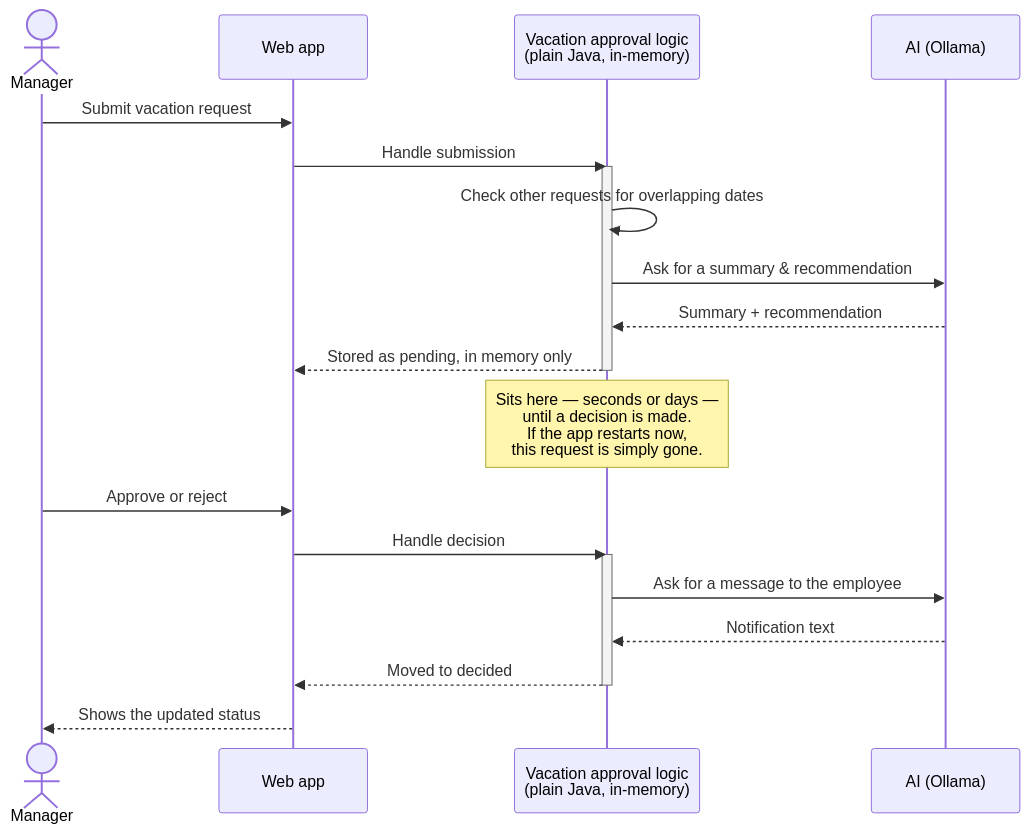
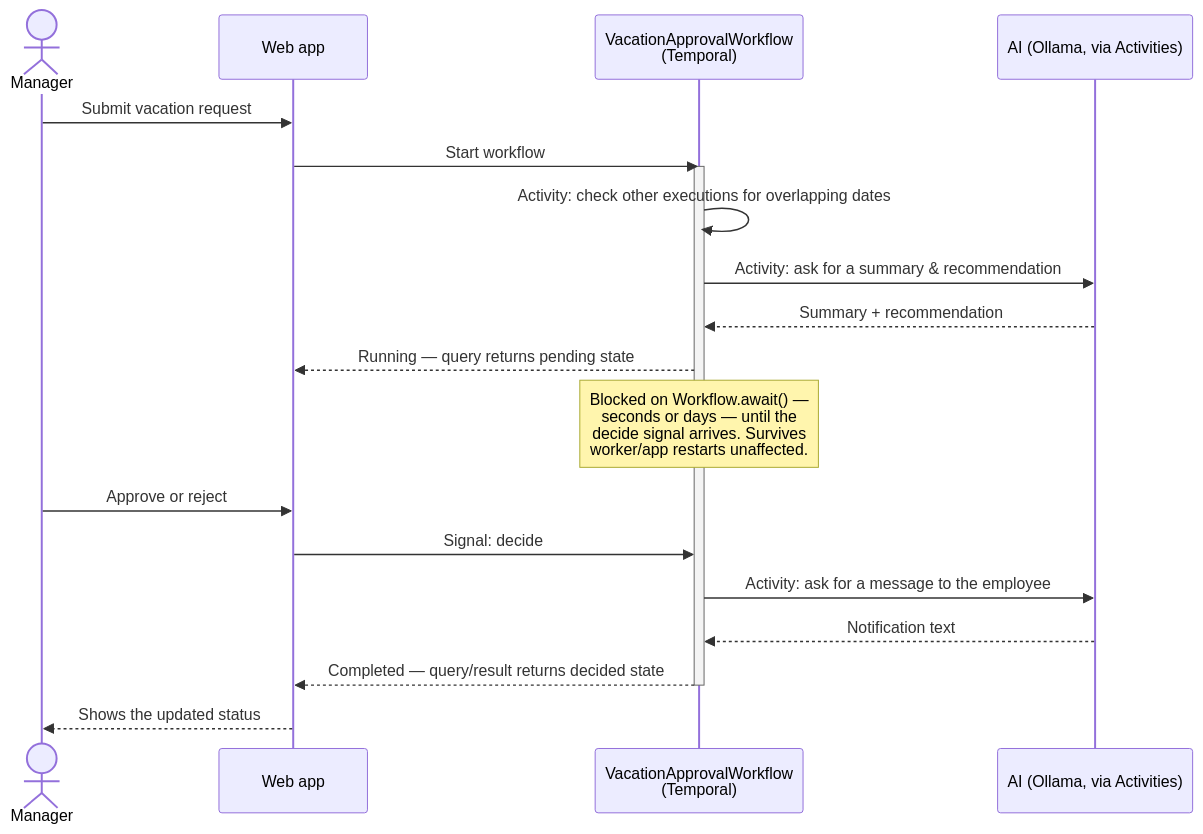
One commit to JohannesRabauer/temporal-langchain4j-workflow-demo changed the second of 2 diagrams in README.md. Above: the diagram before and after it, drawn with Mermaid. The commit also changed other lines of this file and 6 other files, not shown here.

````diff
--- a/README.md
+++ b/README.md
@@ -75,31 +76,28 @@
 ```mermaid
 sequenceDiagram
     actor Manager
     participant App as Web app
-    participant Service as Vacation approval logic<br/>(plain Java, in-memory)
-    participant AI as AI (Ollama)
+    participant Temporal as VacationApprovalWorkflow<br/>(Temporal)
+    participant AI as AI (Ollama, via Activities)
 
     Manager->>App: Submit vacation request
-    App->>Service: Handle submission
-    activate Service
+    App->>Temporal: Start workflow
+    activate Temporal
 
-    Service->>Service: Check other requests for overlapping dates
-    Service->>AI: Ask for a summary & recommendation
-    AI-->>Service: Summary + recommendation
+    Temporal->>Temporal: Activity: check other executions for overlapping dates
+    Temporal->>AI: Activity: ask for a summary & recommendation
+    AI-->>Temporal: Summary + recommendation
 
-    Service-->>App: Stored as pending, in memory only
-    deactivate Service
-
-    Note over Service: Sits here — seconds or days —<br/>until a decision is made.<br/>If the app restarts now,<br/>this request is simply gone.
+    Temporal-->>App: Running — query returns pending state
+    Note over Temporal: Blocked on Workflow.await() —<br/>seconds or days — until the<br/>decide signal arrives. Survives<br/>worker/app restarts unaffected.
 
     Manager->>App: Approve or reject
-    App->>Service: Handle decision
-    activate Service
+    App->>Temporal: Signal: decide
 
-    Service->>AI: Ask for a message to the employee
-    AI-->>Service: Notification text
+    Temporal->>AI: Activity: ask for a message to the employee
+    AI-->>Temporal: Notification text
 
-    Service-->>App: Moved to decided
-    deactivate Service
+    Temporal-->>App: Completed — query/result returns decided state
+    deactivate Temporal
     App-->>Manager: Shows the updated status
 ```
````
